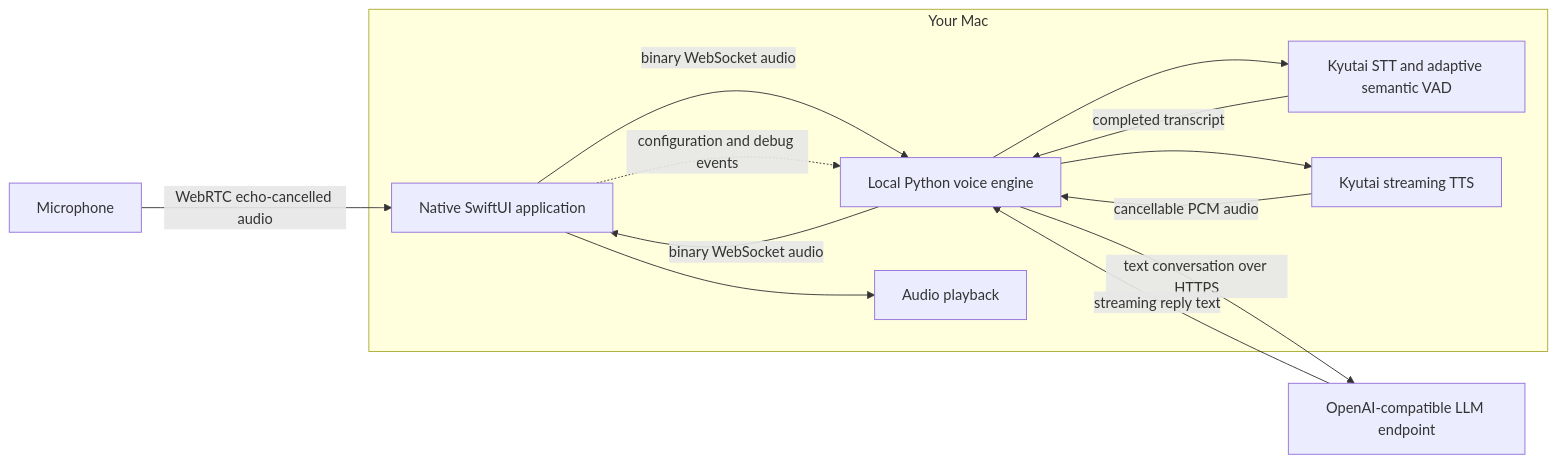
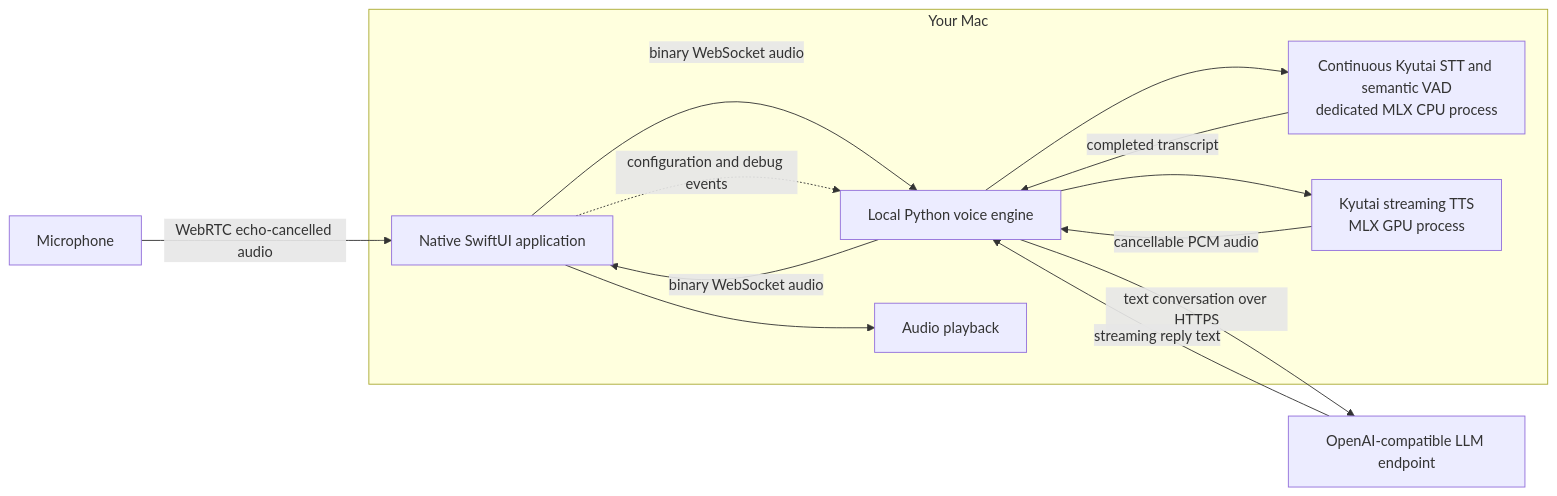
One commit to sujalmandal/chirpy changed the diagram in README.md. Above: the diagram before and after it, drawn with Mermaid. The commit also changed other lines of this file and 2 other files, not shown here.

Commit message:
Run Kyutai VAD continuously on CPU

````diff
--- a/README.md
+++ b/README.md
@@ -20,24 +20,24 @@
 ```mermaid
 flowchart LR
     microphone[Microphone] -->|WebRTC echo-cancelled audio| app
 
     subgraph mac[Your Mac]
         app[Native SwiftUI application]
         engine[Local Python voice engine]
-        stt[Kyutai STT and adaptive semantic VAD]
-        tts[Kyutai streaming TTS]
+        stt[Continuous Kyutai STT and semantic VAD<br/>dedicated MLX CPU process]
+        tts[Kyutai streaming TTS<br/>MLX GPU process]
         output[Audio playback]
 
         app -->|binary WebSocket audio| engine
         engine --> stt
         stt -->|completed transcript| engine
         engine --> tts
         tts -->|cancellable PCM audio| engine
         engine -->|binary WebSocket audio| app
         app --> output
     end
 
     engine -->|text conversation over HTTPS| llm[OpenAI-compatible LLM endpoint]
     llm -->|streaming reply text| engine
     app -.->|configuration and debug events| engine
 ```
````
